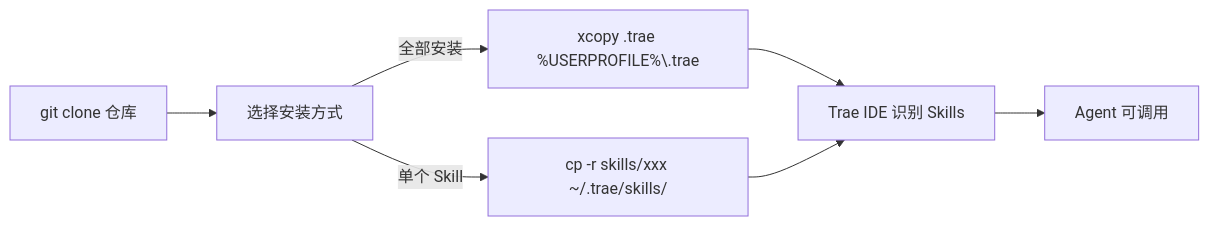
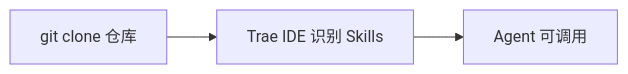
One commit to yecllsl/trae-agent-skills changed the fourth of 5 diagrams in CODE_WIKI.md. Above: the diagram before and after it, drawn with Mermaid. The commit also changed other lines of this file and 10 other files, not shown here.

````diff
--- a/CODE_WIKI.md
+++ b/CODE_WIKI.md
@@ -645,9 +639,5 @@
 ```mermaid
 flowchart LR
-    A[git clone 仓库] --> B[选择安装方式]
-    B -->|全部安装| C["xcopy .trae %USERPROFILE%\.trae"]
-    B -->|单个 Skill| D["cp -r skills/xxx ~/.trae/skills/"]
-    C --> E[Trae IDE 识别 Skills]
-    D --> E
-    E --> F[Agent 可调用]
+    A[git clone 仓库] --> B[Trae IDE 识别 Skills]
+    B --> C[Agent 可调用]
 ```
````
